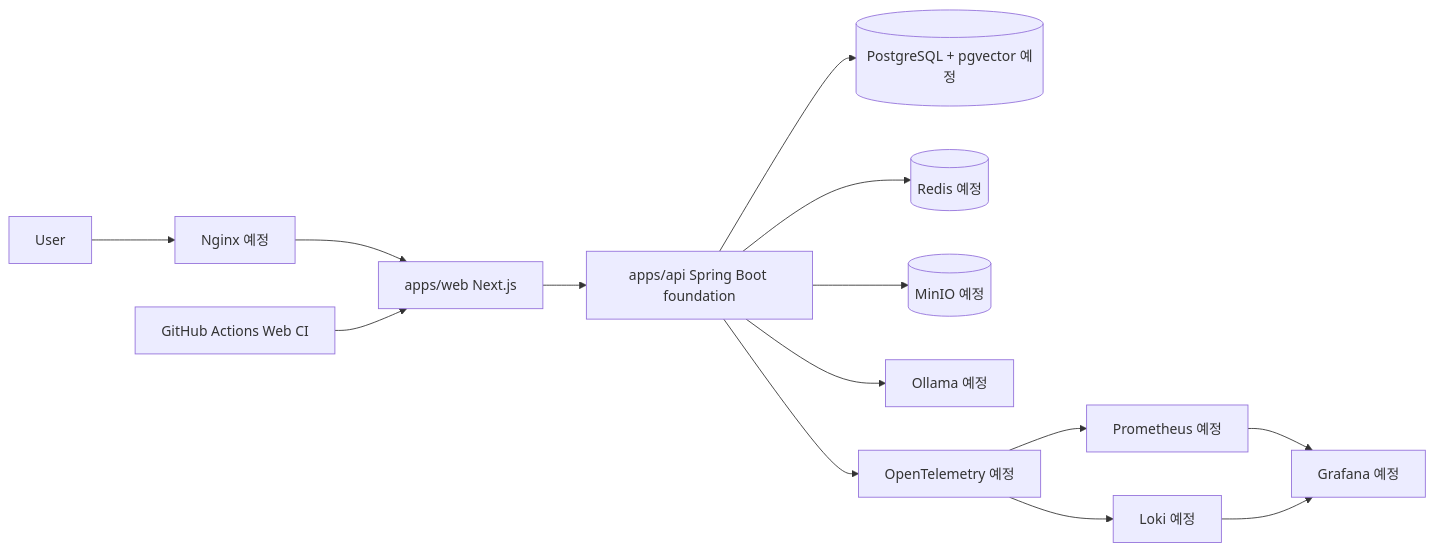
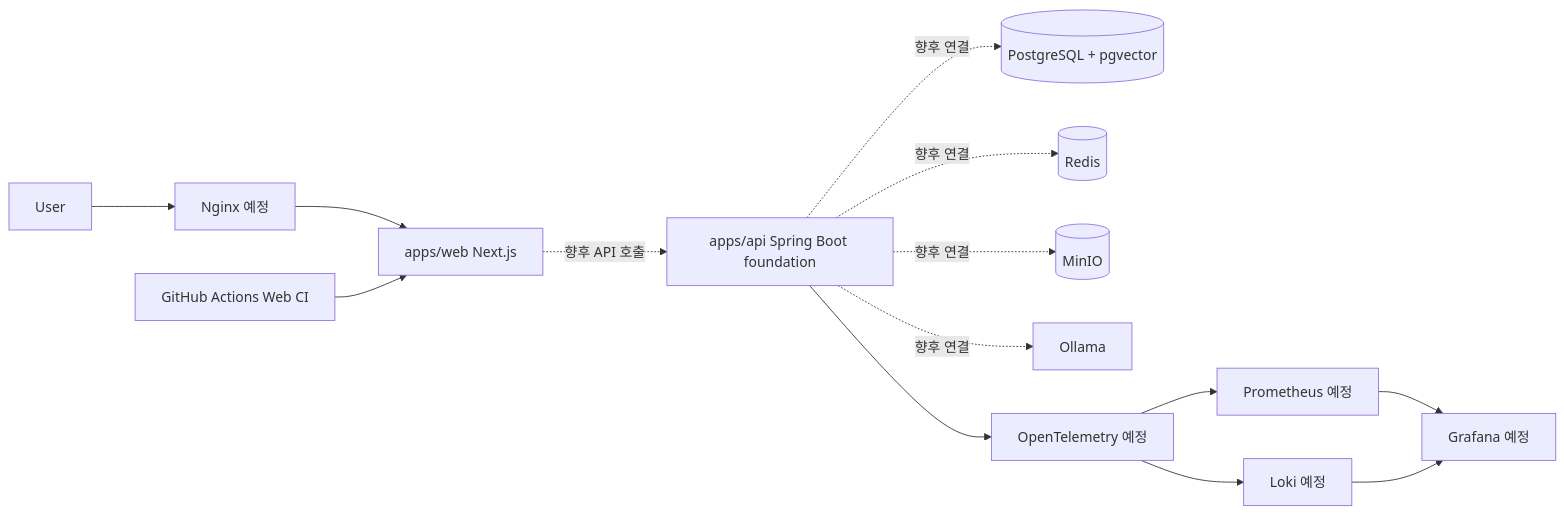
Before and after one commit to jhjung3072/assistops-free: the diagram in docs/architecture.md, drawn with Mermaid. The commit also changed other lines of this file and 8 other files, not shown here.

````diff
--- a/docs/architecture.md
+++ b/docs/architecture.md
@@ -14,16 +15,16 @@
 ```mermaid
 flowchart LR
   user[User] --> nginx[Nginx 예정]
   nginx --> web[apps/web Next.js]
-  web --> api[apps/api Spring Boot foundation]
-  api --> postgres[(PostgreSQL + pgvector 예정)]
-  api --> redis[(Redis 예정)]
-  api --> minio[(MinIO 예정)]
-  api --> ollama[Ollama 예정]
+  web -. 향후 API 호출 .-> api[apps/api Spring Boot foundation]
+  api -. 향후 연결 .-> postgres[(PostgreSQL + pgvector)]
+  api -. 향후 연결 .-> redis[(Redis)]
+  api -. 향후 연결 .-> minio[(MinIO)]
+  api -. 향후 연결 .-> ollama[Ollama]
   api --> otel[OpenTelemetry 예정]
   otel --> prometheus[Prometheus 예정]
   otel --> loki[Loki 예정]
   prometheus --> grafana[Grafana 예정]
   loki --> grafana
   github[GitHub Actions Web CI] --> web
 ```
````
